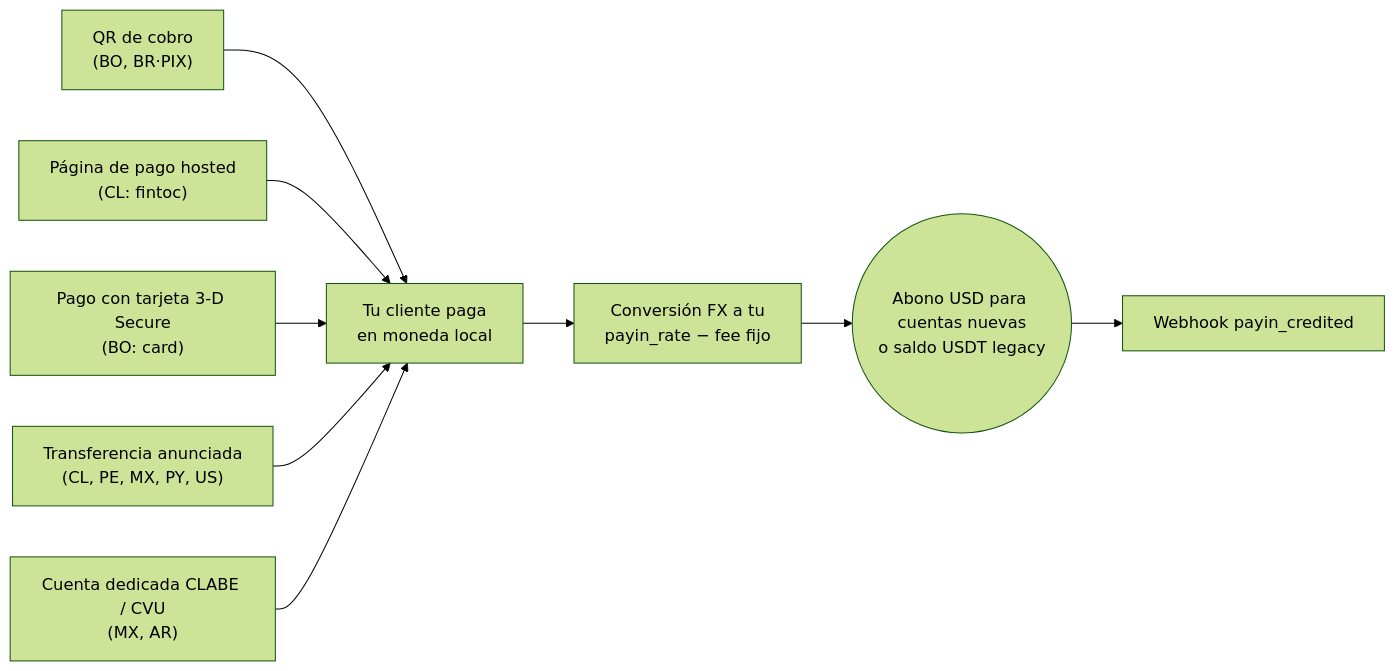
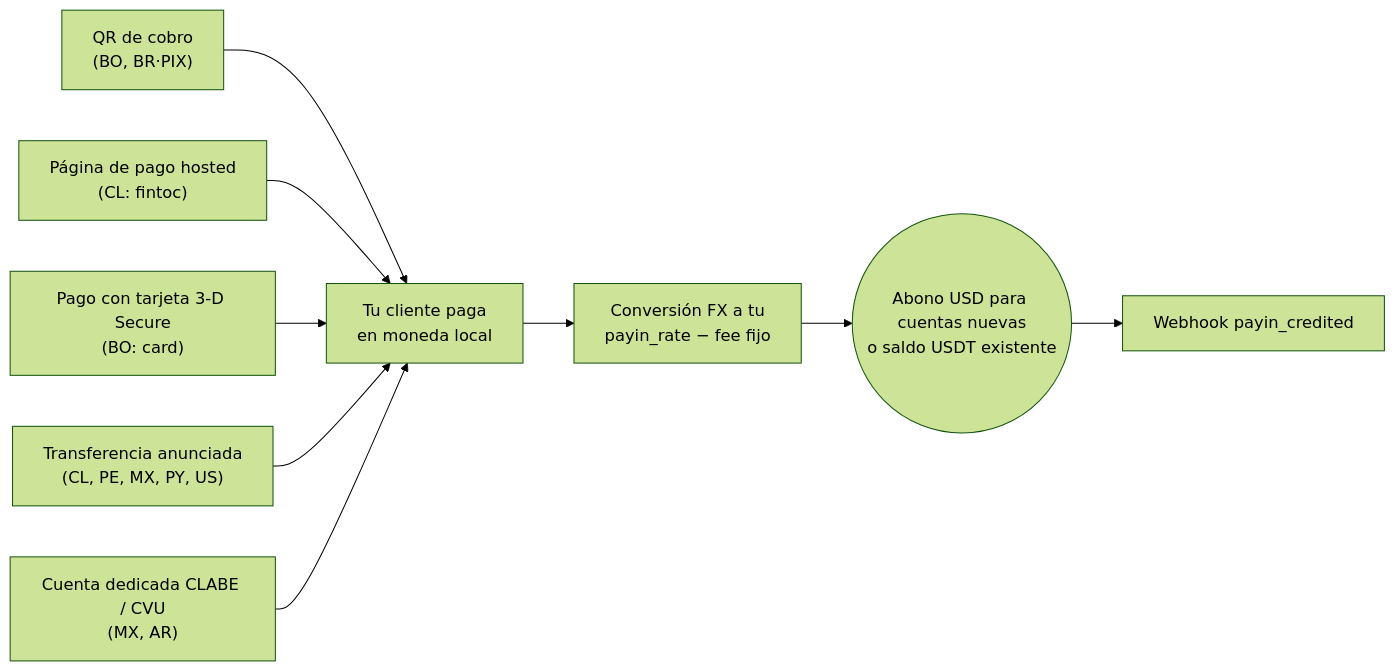
Before and after one commit to CBpayapp/cbpay-docs: the diagram in es/guides/payins.mdx, drawn with Mermaid (forest theme). The commit also changed other lines of this file and 146 other files, not shown here.

````diff
--- a/es/guides/payins.mdx
+++ b/es/guides/payins.mdx
@@ -38,11 +38,11 @@
 ```mermaid
 flowchart LR
     qr["QR de cobro<br/>(BO, BR·PIX)"] --> pago["Tu cliente paga<br/>en moneda local"]
     hosted["Página de pago hosted<br/>(CL: fintoc)"] --> pago
     card["Pago con tarjeta 3-D Secure<br/>(BO: card)"] --> pago
     anunciada["Transferencia anunciada<br/>(CL, PE, MX, PY, US)"] --> pago
     clabe["Cuenta dedicada CLABE / CVU<br/>(MX, AR)"] --> pago
     pago --> conv["Conversión FX a tu<br/>payin_rate − fee fijo"]
-    conv --> credito(("Abono USD para cuentas nuevas<br/>o saldo USDT legacy"))
+    conv --> credito(("Abono USD para cuentas nuevas<br/>o saldo USDT existente"))
     credito --> wh["Webhook payin_credited"]
 ```
````
